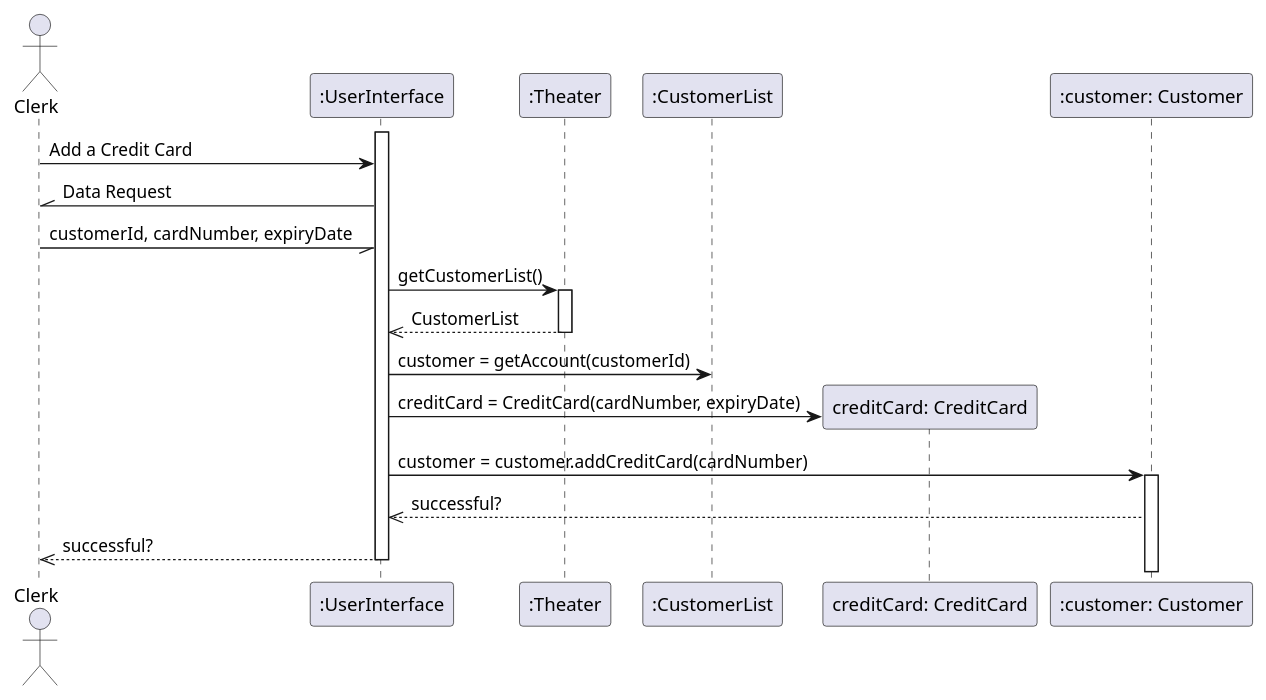
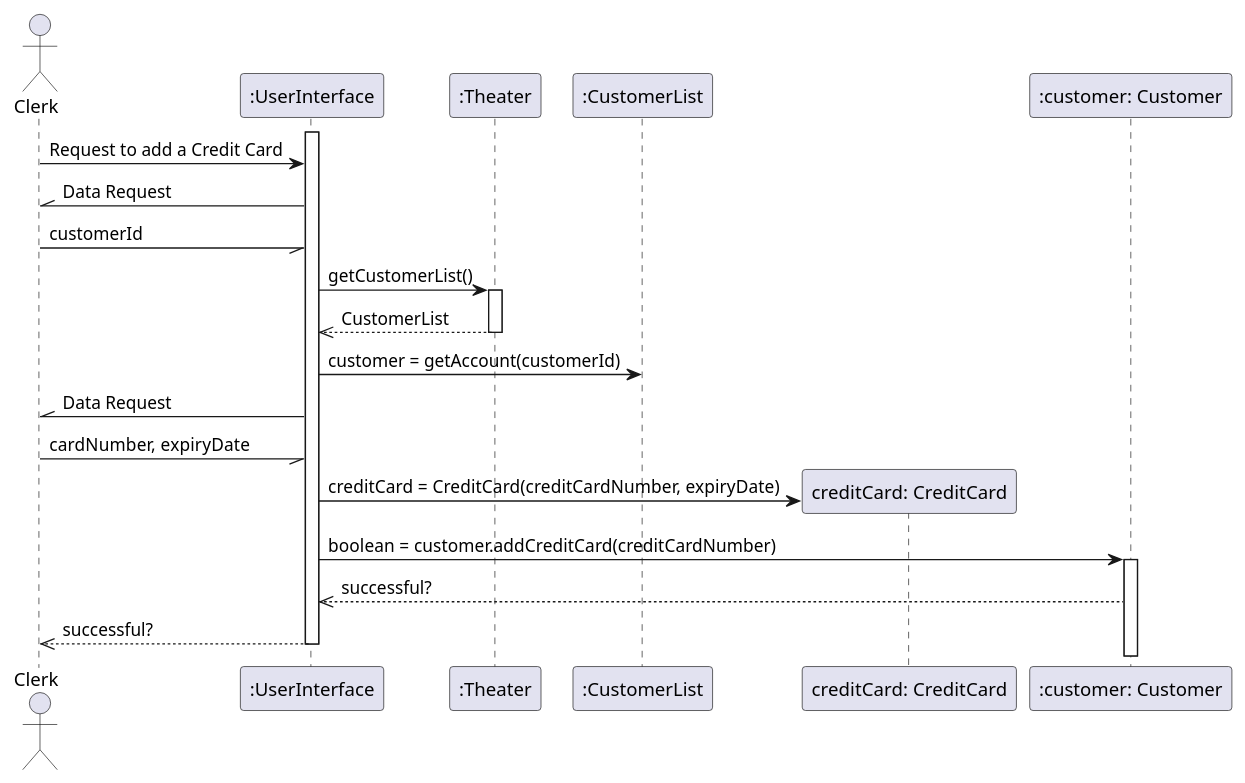
Before and after one commit to FreezeWarp/372Groupwork: the diagram in src/SequenceDiagrams/AddCreditCard.pu, drawn with PlantUML. The commit also changed 4 other files, not shown here.

First line of the commit message:
Update sequence diagrams

```diff
--- a/src/SequenceDiagrams/AddCreditCard.pu
+++ b/src/SequenceDiagrams/AddCreditCard.pu
@@ -1,22 +1,24 @@
 @startuml
 actor Clerk
 
 activate ":UserInterface"
-Clerk -> ":UserInterface" : Add a Credit Card
+Clerk -> ":UserInterface" : Request to add a Credit Card
 Clerk //- ":UserInterface": Data Request
-Clerk -// ":UserInterface": customerId, cardNumber, expiryDate
+Clerk -// ":UserInterface": customerId
 
 ":UserInterface" -> ":Theater" : getCustomerList()
 activate ":Theater"
 ":Theater" -->> ":UserInterface": CustomerList
 deactivate ":Theater"
 ":UserInterface" -> ":CustomerList": customer = getAccount(customerId)
+Clerk //- ":UserInterface": Data Request
+Clerk -// ":UserInterface": cardNumber, expiryDate
 create "creditCard: CreditCard"
-":UserInterface" -> "creditCard: CreditCard": creditCard = CreditCard(cardNumber, expiryDate)
-":UserInterface" -> ":customer: Customer" : customer = customer.addCreditCard(cardNumber)
+":UserInterface" -> "creditCard: CreditCard": creditCard = CreditCard(creditCardNumber, expiryDate)
+":UserInterface" -> ":customer: Customer" : boolean = customer.addCreditCard(creditCardNumber)
 activate ":customer: Customer"
 ":customer: Customer" -->> ":UserInterface" : successful?
 deactivate ":CustomerList"
 ":UserInterface" -->> Clerk : successful?
 deactivate ":UserInterface"
 @enduml
```
